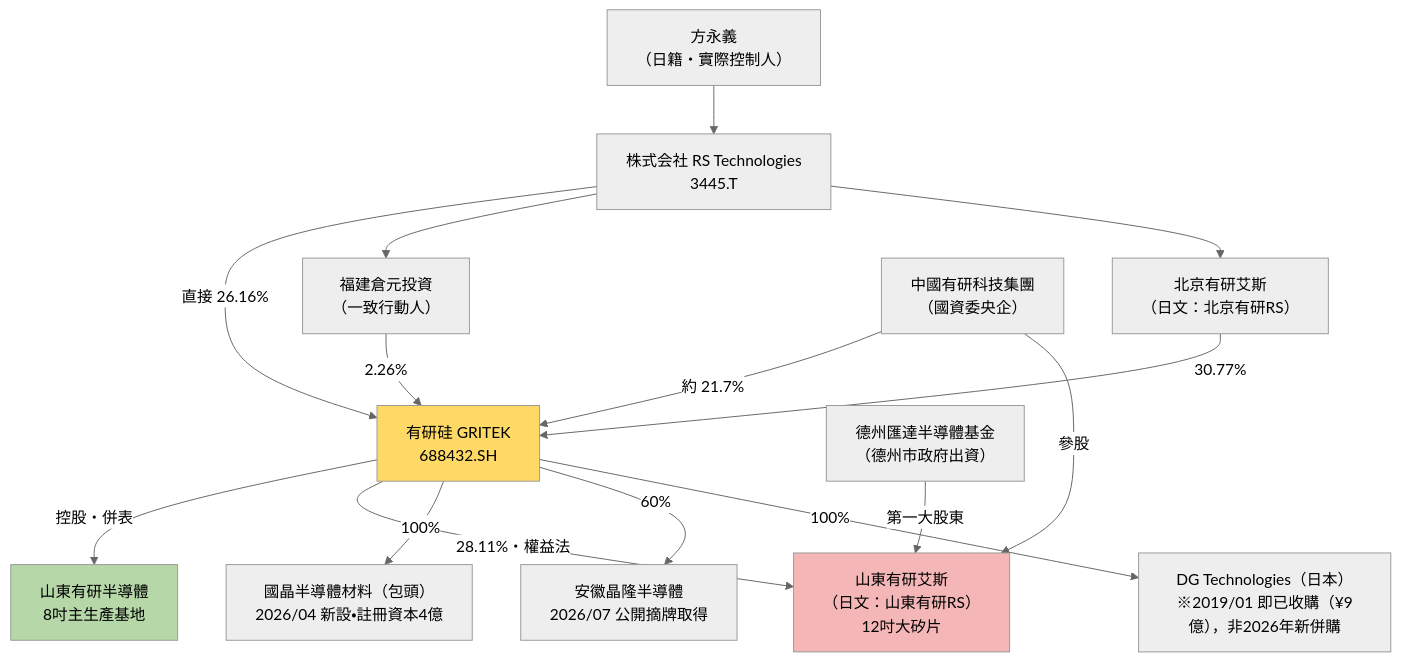
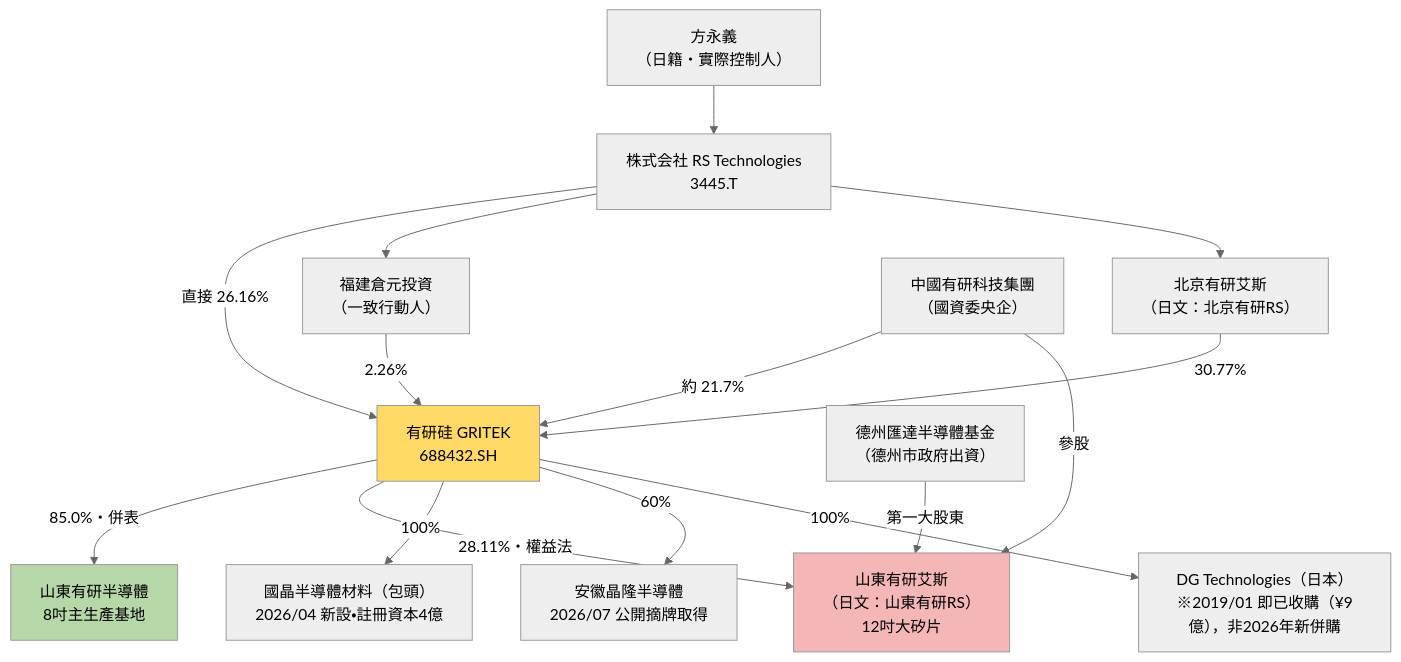
The first of 2 diagrams in 3445RS/有研硅（688432.SH）vs 山東有研RS／山東有研艾斯 — 關係釐清與基本面分析.md (a9303001/FinancialReport), drawn with Mermaid (neutral theme) before and after one commit. The commit also changed other lines of this file and 3 other files, not shown here.

````diff
--- a/3445RS/有研硅（688432.SH）vs 山東有研RS／山東有研艾斯 — 關係釐清與基本面分析.md
+++ b/3445RS/有研硅（688432.SH）vs 山東有研RS／山東有研艾斯 — 關係釐清與基本面分析.md
@@ -61,23 +63,23 @@
 ```mermaid
 graph TD
     A["方永義<br/>（日籍・實際控制人）"] --> B["株式会社 RS Technologies<br/>3445.T"]
     B -->|"直接 26.16%"| E["有研硅 GRITEK<br/>688432.SH"]
     B --> C["福建倉元投資<br/>（一致行動人）"]
     C -->|"2.26%"| E
     B --> D["北京有研艾斯<br/>（日文：北京有研RS）"]
     D -->|"30.77%"| E
     F["中國有研科技集團<br/>（國資委央企）"] -->|"約 21.7%"| E
 
-    E -->|"控股・併表"| G["山東有研半導體<br/>8吋主生產基地"]
+    E -->|"85.0%・併表"| G["山東有研半導體<br/>8吋主生產基地"]
     E -->|"28.11%・權益法"| H["山東有研艾斯<br/>（日文：山東有研RS）<br/>12吋大矽片"]
     F -->|"參股"| H
     I["德州匯達半導體基金<br/>（德州市政府出資）"] -->|"第一大股東"| H
 
     E -->|"100%"| J["國晶半導體材料（包頭）<br/>2026/04 新設・註冊資本4億"]
     E -->|"60%"| K["安徽晶隆半導體<br/>2026/07 公開摘牌取得"]
     E -->|"100%"| L["DG Technologies（日本）<br/>※2019/01 即已收購（¥9億），非2026年新併購"]
 
     style E fill:#ffd966
     style H fill:#f4b6b6
     style G fill:#b6d7a8
 ```
````
